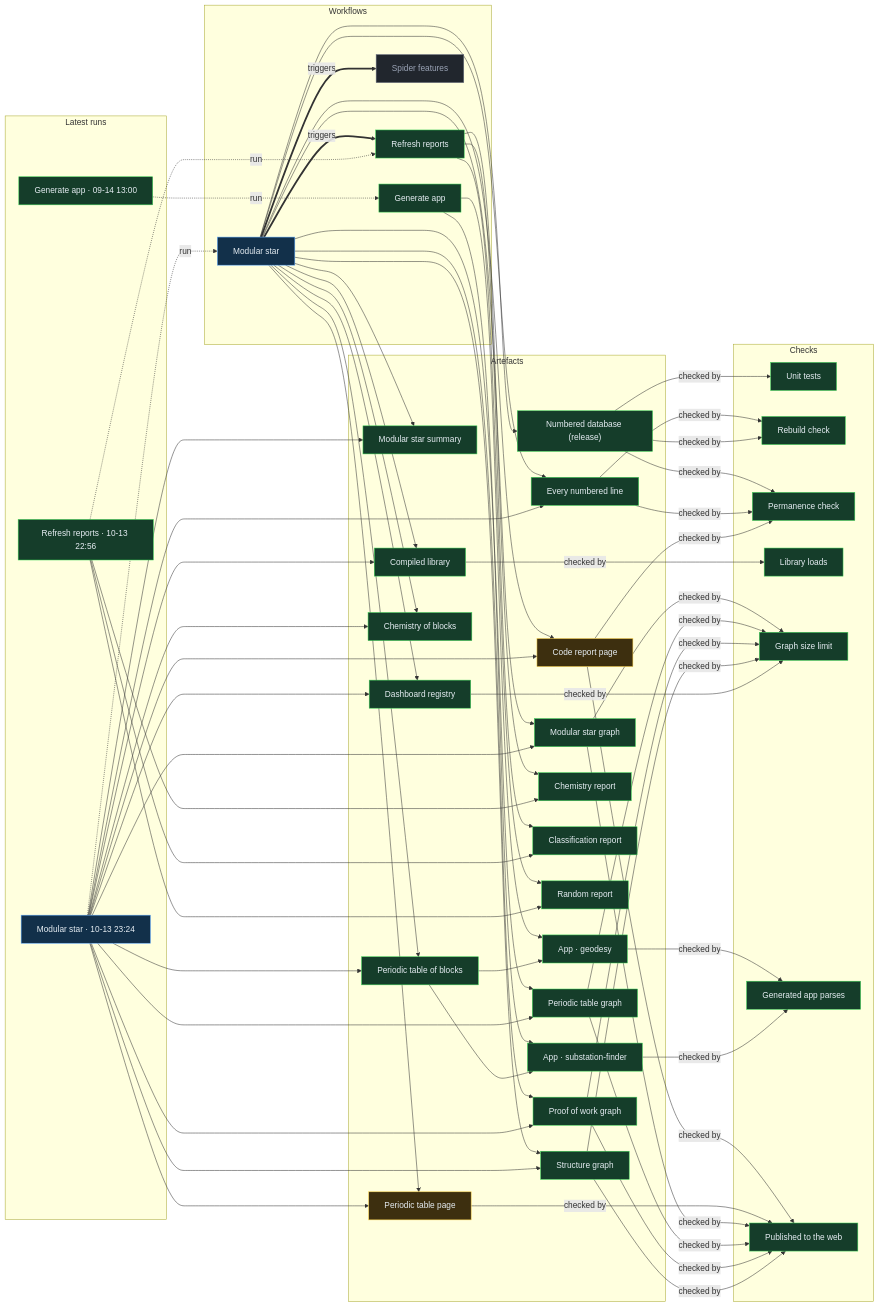
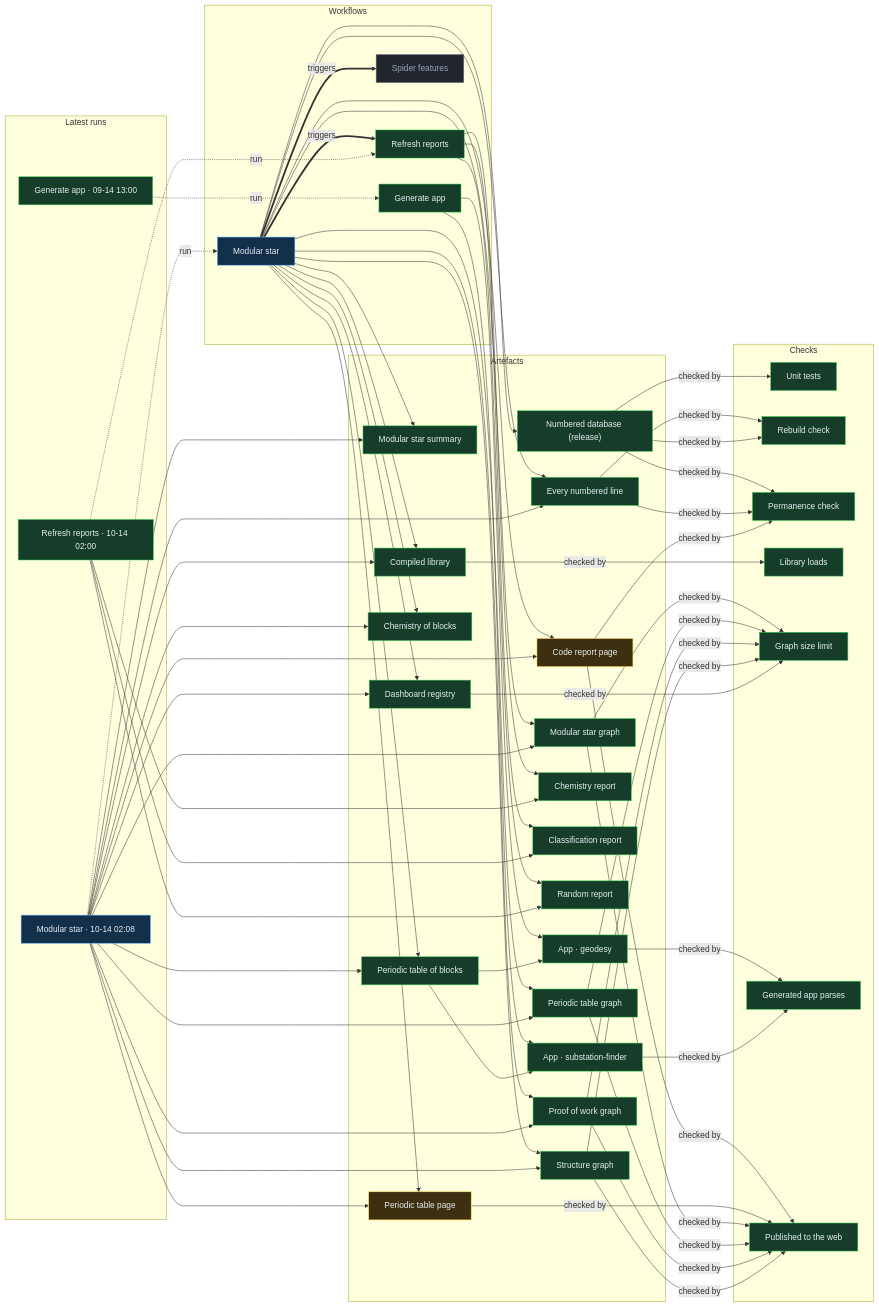
One commit to Ventusltd/stars changed the diagram in proof/PROOF.md. Above: the diagram before and after it, drawn with Mermaid. The commit also changed other lines of this file and 33 other files, not shown here.

Commit message:
Modular star 2026-10-14T02:10Z

```diff
--- a/proof/PROOF.md
+++ b/proof/PROOF.md
@@ -24,8 +24,8 @@
   n_wf_spider_features["Spider features"]:::off
   end
   subgraph g_runs["Latest runs"]
-  n_run_38484079996["Modular star · 10-13 23:24"]:::live
-  n_run_38481130406["Refresh reports · 10-13 22:56"]:::ok
+  n_run_38499451701["Modular star · 10-14 02:08"]:::live
+  n_run_38498717313["Refresh reports · 10-14 02:00"]:::ok
   n_run_34846587798["Generate app · 09-14 13:00"]:::ok
   end
   subgraph g_artefacts["Artefacts"]
@@ -59,39 +59,39 @@
   end
   n_wf_modular_star == triggers ==> n_wf_refresh
   n_wf_modular_star == triggers ==> n_wf_spider_features
-  n_run_38484079996 -. run .-> n_wf_modular_star
-  n_run_38481130406 -. run .-> n_wf_refresh
+  n_run_38499451701 -. run .-> n_wf_modular_star
+  n_run_38498717313 -. run .-> n_wf_refresh
   n_run_34846587798 -. run .-> n_wf_generate
   n_wf_modular_star --> n_art_summary
-  n_run_38484079996 --> n_art_summary
+  n_run_38499451701 --> n_art_summary
   n_wf_modular_star --> n_art_lines
-  n_run_38484079996 --> n_art_lines
+  n_run_38499451701 --> n_art_lines
   n_wf_modular_star --> n_art_code
-  n_run_38484079996 --> n_art_code
+  n_run_38499451701 --> n_art_code
   n_wf_modular_star --> n_art_modular_graph
-  n_run_38484079996 --> n_art_modular_graph
+  n_run_38499451701 --> n_art_modular_graph
   n_wf_modular_star --> n_art_blocks
-  n_run_38484079996 --> n_art_blocks
+  n_run_38499451701 --> n_art_blocks
   n_wf_modular_star --> n_art_table
-  n_run_38484079996 --> n_art_table
+  n_run_38499451701 --> n_art_table
   n_wf_modular_star --> n_art_blocks_graph
-  n_run_38484079996 --> n_art_blocks_graph
+  n_run_38499451701 --> n_art_blocks_graph
   n_wf_modular_star --> n_art_reactions
-  n_run_38484079996 --> n_art_reactions
+  n_run_38499451701 --> n_art_reactions
   n_wf_modular_star --> n_art_library
-  n_run_38484079996 --> n_art_library
+  n_run_38499451701 --> n_art_library
   n_wf_modular_star --> n_art_features
-  n_run_38484079996 --> n_art_features
+  n_run_38499451701 --> n_art_features
   n_wf_modular_star --> n_art_proof
-  n_run_38484079996 --> n_art_proof
+  n_run_38499451701 --> n_art_proof
   n_wf_modular_star --> n_art_structure
-  n_run_38484079996 --> n_art_structure
+  n_run_38499451701 --> n_art_structure
   n_wf_refresh --> n_art_chemistry
-  n_run_38481130406 --> n_art_chemistry
+  n_run_38498717313 --> n_art_chemistry
   n_wf_refresh --> n_art_vedic
-  n_run_38481130406 --> n_art_vedic
+  n_run_38498717313 --> n_art_vedic
   n_wf_refresh --> n_art_random
-  n_run_38481130406 --> n_art_random
+  n_run_38498717313 --> n_art_random
   n_wf_modular_star --> n_art_release
   n_wf_generate --> n_app_geodesy
   n_art_blocks --> n_app_geodesy
```
